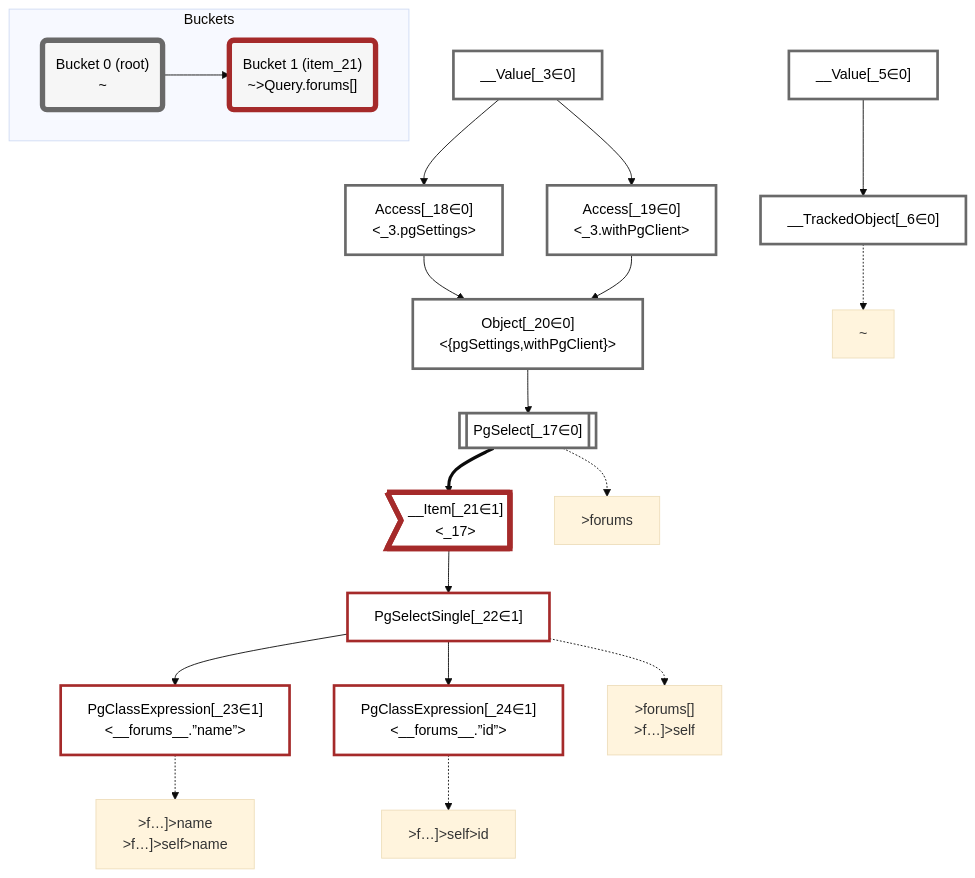
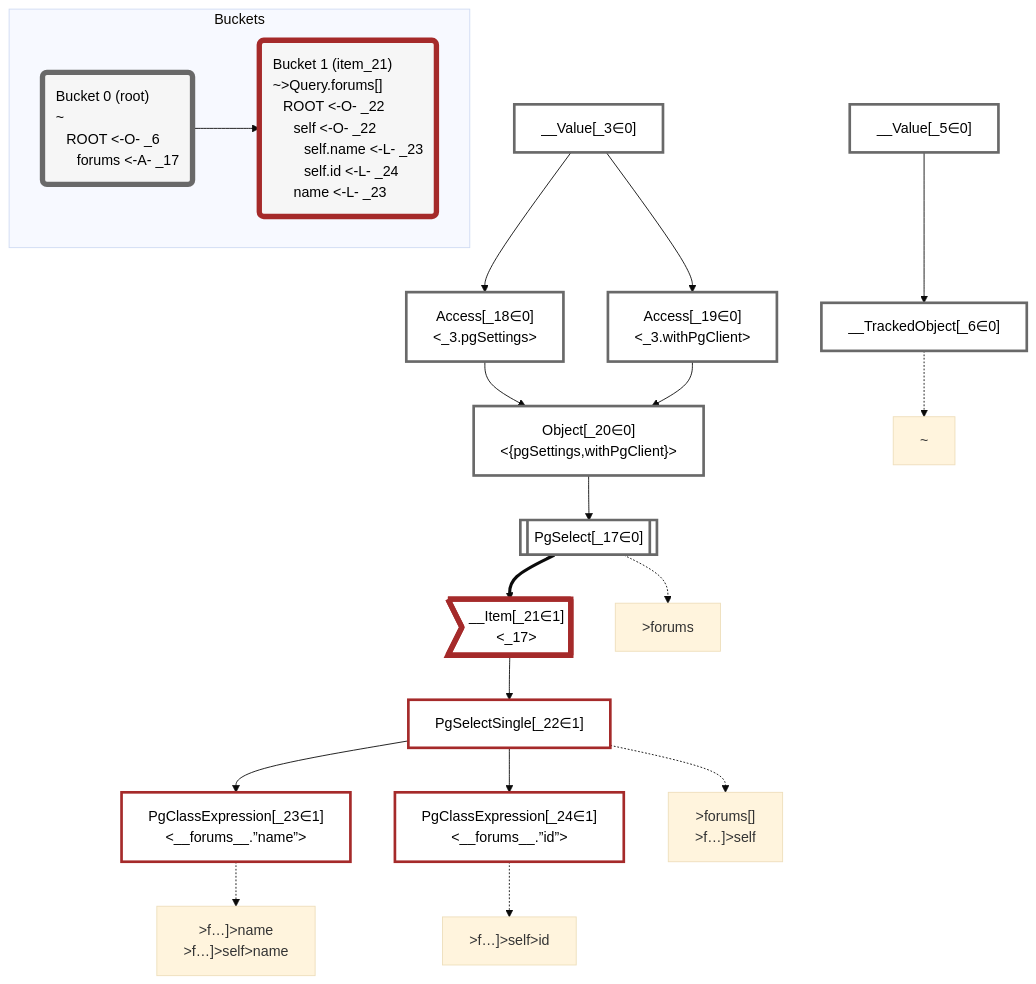
The diagram in packages/dataplan-pg/__tests__/queries/super-simple/self-reference.mermaid.md (graphile/crystal), drawn with Mermaid (base theme) before and after one commit. The commit also changed 195 other files, not shown here.

````diff
--- a/packages/dataplan-pg/__tests__/queries/super-simple/self-reference.mermaid.md
+++ b/packages/dataplan-pg/__tests__/queries/super-simple/self-reference.mermaid.md
@@ -1,60 +1,60 @@
 ```mermaid
 graph TD
     classDef path fill:#eee,stroke:#000,color:#000
     classDef plan fill:#fff,stroke-width:3px,color:#000
     classDef itemplan fill:#fff,stroke-width:6px,color:#000
     classDef sideeffectplan fill:#f00,stroke-width:6px,color:#000
-    classDef bucket fill:#f6f6f6,color:#000,stroke-width:6px
+    classDef bucket fill:#f6f6f6,color:#000,stroke-width:6px,text-align:left
 
 
     %% define plans
     __Value_3["__Value[_3∈0]<br /><context>"]:::plan
     __Value_5["__Value[_5∈0]<br /><rootValue>"]:::plan
     __TrackedObject_6["__TrackedObject[_6∈0]"]:::plan
     PgSelect_17[["PgSelect[_17∈0]<br /><forums>"]]:::plan
     Access_18["Access[_18∈0]<br /><_3.pgSettings>"]:::plan
     Access_19["Access[_19∈0]<br /><_3.withPgClient>"]:::plan
     Object_20["Object[_20∈0]<br /><{pgSettings,withPgClient}>"]:::plan
     __Item_21>"__Item[_21∈1]<br /><_17>"]:::itemplan
     PgSelectSingle_22["PgSelectSingle[_22∈1]<br /><forums>"]:::plan
     PgClassExpression_23["PgClassExpression[_23∈1]<br /><__forums__.”name”>"]:::plan
     PgClassExpression_24["PgClassExpression[_24∈1]<br /><__forums__.”id”>"]:::plan
 
     %% plan dependencies
     __Value_5 --> __TrackedObject_6
     Object_20 --> PgSelect_17
     __Value_3 --> Access_18
     __Value_3 --> Access_19
     Access_18 --> Object_20
     Access_19 --> Object_20
     PgSelect_17 ==> __Item_21
     __Item_21 --> PgSelectSingle_22
     PgSelectSingle_22 --> PgClassExpression_23
     PgSelectSingle_22 --> PgClassExpression_24
 
     %% plan-to-path relationships
     P_6["~"]
     __TrackedObject_6 -.-> P_6
     P_17[">forums"]
     PgSelect_17 -.-> P_17
     P_22[">forums[]<br />>f…]>self"]
     PgSelectSingle_22 -.-> P_22
     P_23[">f…]>name<br />>f…]>self>name"]
     PgClassExpression_23 -.-> P_23
     P_24[">f…]>self>id"]
     PgClassExpression_24 -.-> P_24
 
     %% allocate buckets
     classDef bucket0 stroke:#696969
     class __Value_3,__Value_5,__TrackedObject_6,PgSelect_17,Access_18,Access_19,Object_20 bucket0
     classDef bucket1 stroke:#a52a2a
     class __Item_21,PgSelectSingle_22,PgClassExpression_23,PgClassExpression_24 bucket1
 
     subgraph Buckets
-    Bucket0("Bucket 0 (root)<br />~"):::bucket
+    Bucket0("Bucket 0 (root)<br />~<br />⠀ROOT <-O- _6<br />⠀⠀forums <-A- _17"):::bucket
     style Bucket0 stroke:#696969
-    Bucket1("Bucket 1 (item_21)<br />~>Query.forums[]"):::bucket
+    Bucket1("Bucket 1 (item_21)<br />~>Query.forums[]<br />⠀ROOT <-O- _22<br />⠀⠀self <-O- _22<br />⠀⠀⠀self.name <-L- _23<br />⠀⠀⠀self.id <-L- _24<br />⠀⠀name <-L- _23"):::bucket
     style Bucket1 stroke:#a52a2a
     Bucket0 --> Bucket1
     end
 ```
````
